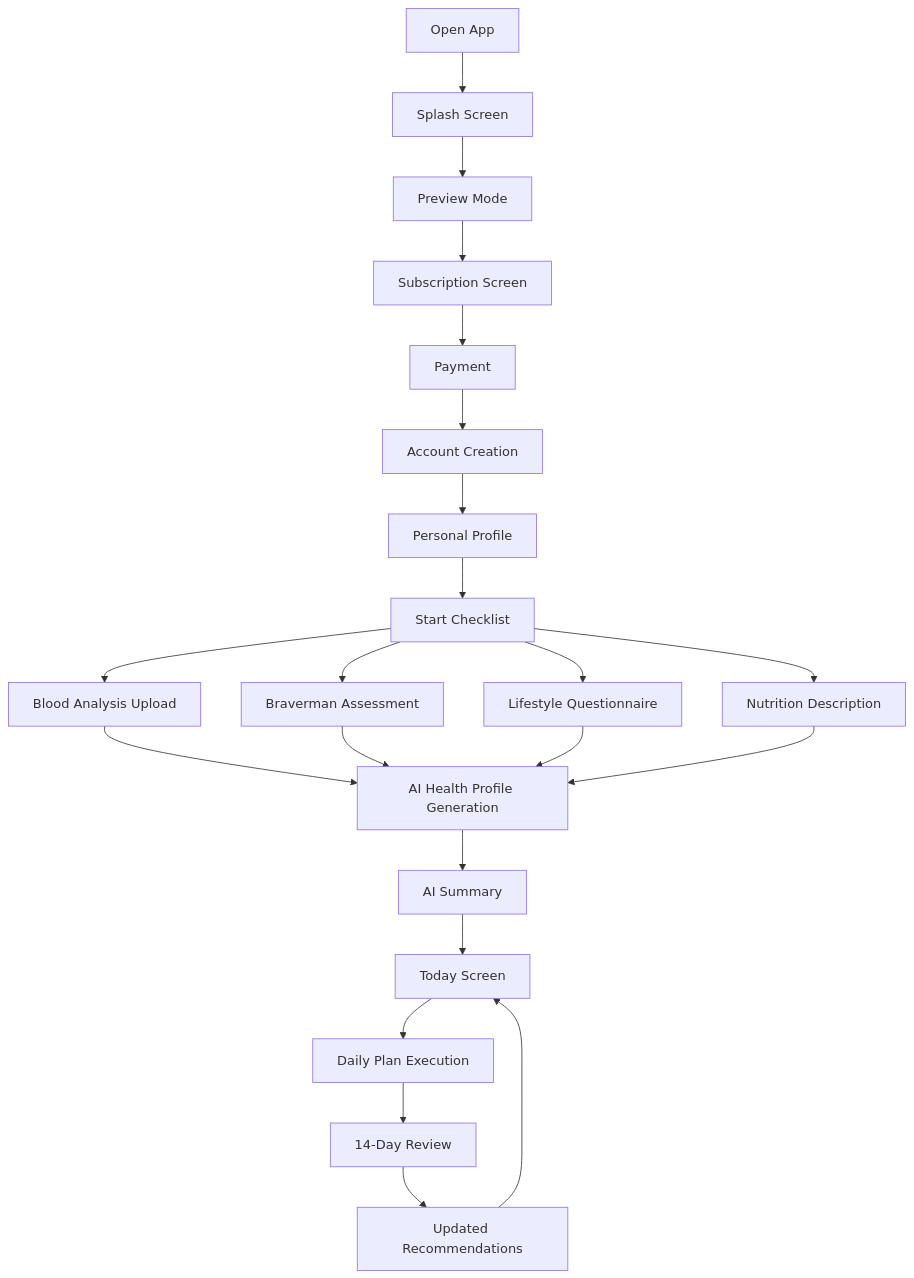
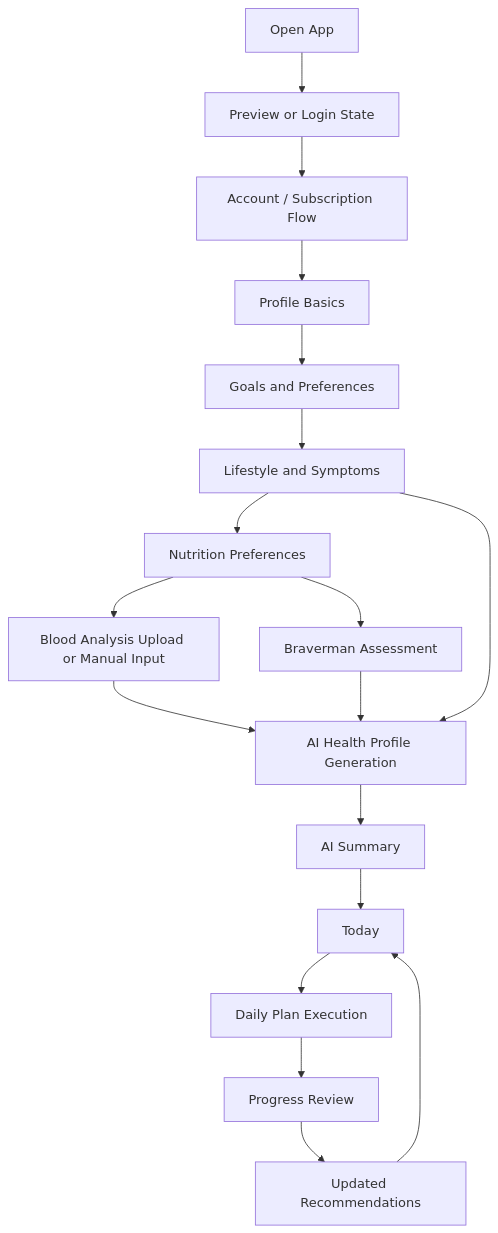
Before and after one commit to Yaroslavkukin/HealthCoach: the first of 20 diagrams in docs/USER_FLOW.md, drawn with Mermaid. The commit also changed other lines of this file and 20 other files, not shown here.

````diff
--- a/docs/USER_FLOW.md
+++ b/docs/USER_FLOW.md
@@ -147,24 +81,20 @@
 ```mermaid
 flowchart TD
-    A[Open App] --> B[Splash Screen]
-    B --> C[Preview Mode]
-    C --> D[Subscription Screen]
-    D --> E[Payment]
-    E --> F[Account Creation]
-    F --> G[Personal Profile]
-    G --> H[Start Checklist]
-    H --> I[Blood Analysis Upload]
-    H --> J[Braverman Assessment]
-    H --> K[Lifestyle Questionnaire]
-    H --> L[Nutrition Description]
-    I --> M[AI Health Profile Generation]
-    J --> M
-    K --> M
-    L --> M
-    M --> N[AI Summary]
-    N --> O[Today Screen]
-    O --> P[Daily Plan Execution]
-    P --> Q[14-Day Review]
-    Q --> R[Updated Recommendations]
-    R --> O
+    A[Open App] --> B[Preview or Login State]
+    B --> C[Account / Subscription Flow]
+    C --> D[Profile Basics]
+    D --> E[Goals and Preferences]
+    E --> F[Lifestyle and Symptoms]
+    F --> G[Nutrition Preferences]
+    G --> H[Blood Analysis Upload or Manual Input]
+    G --> I[Braverman Assessment]
+    H --> J[AI Health Profile Generation]
+    I --> J
+    F --> J
+    J --> K[AI Summary]
+    K --> L[Today]
+    L --> M[Daily Plan Execution]
+    M --> N[Progress Review]
+    N --> O[Updated Recommendations]
+    O --> L
 ```
````
